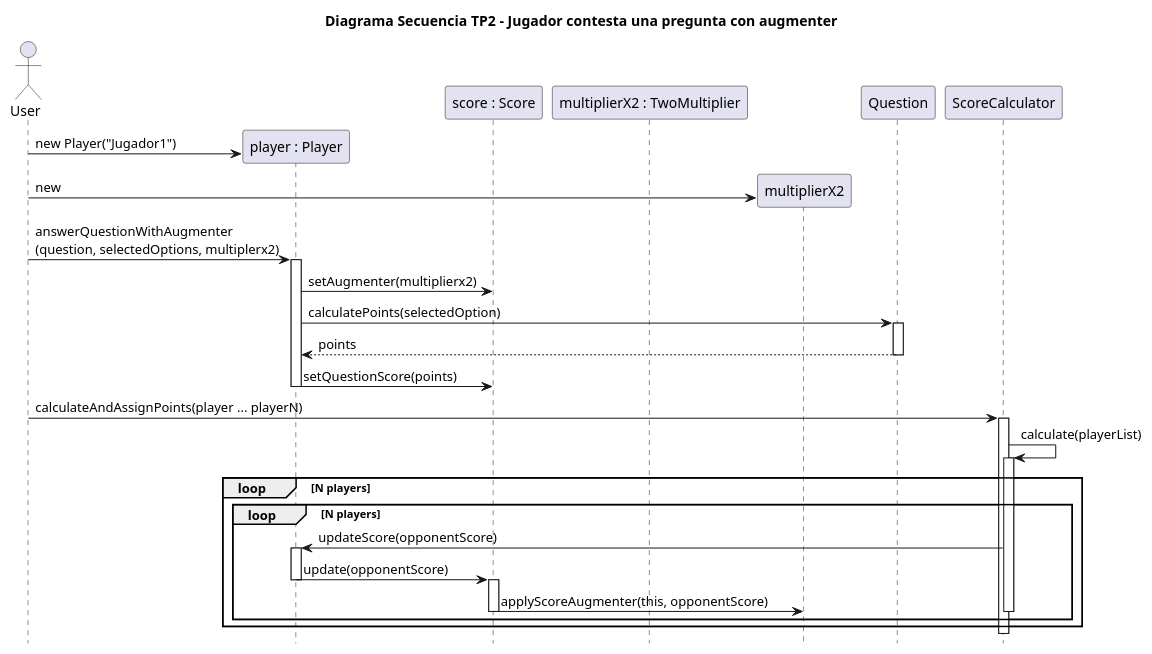
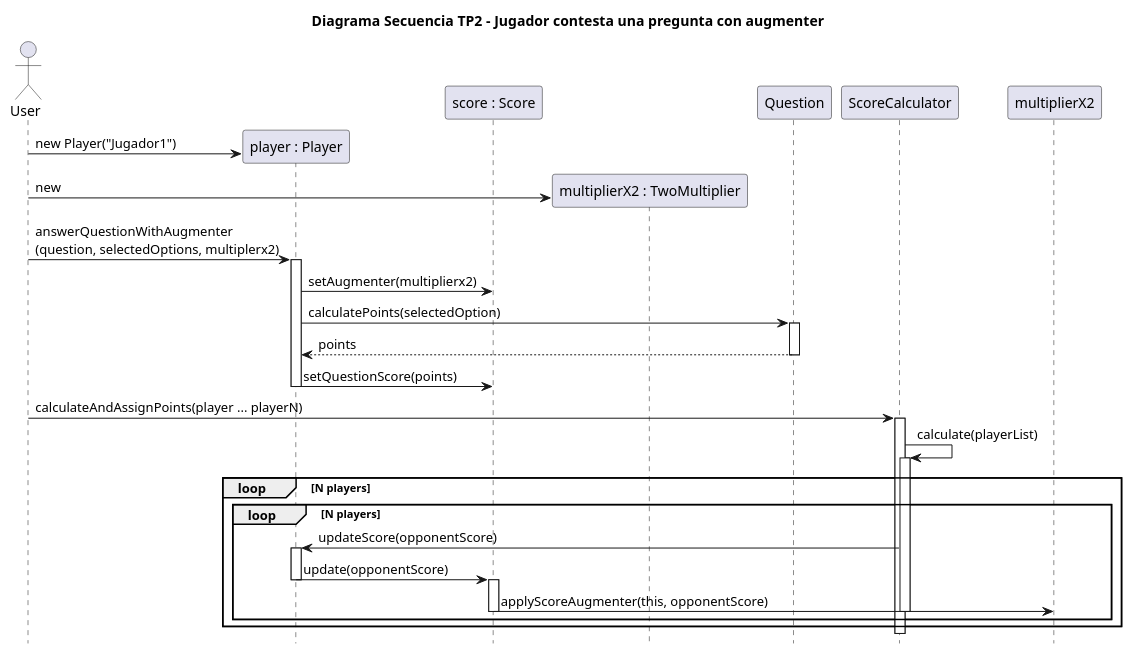
Before and after one commit to diegosanchez/TP2-Kahoot: the diagram in docs/DiagramaSecuencia-ConestarPreguntaconAugmenter.plantuml, drawn with PlantUML. The commit also changed 11 other files, not shown here.

Commit message:
Corrección de diagramas

```diff
--- a/docs/DiagramaSecuencia-ConestarPreguntaconAugmenter.plantuml
+++ b/docs/DiagramaSecuencia-ConestarPreguntaconAugmenter.plantuml
@@ -1,47 +1,47 @@
 @startuml
 
 actor User
 title Diagrama Secuencia TP2 - Jugador contesta una pregunta con augmenter
 hide footbox
 
 participant "player : Player" as player
 participant "score : Score" as score
 participant "multiplierX2 : TwoMultiplier" as multiplierx2
 
 User -> player ** : new Player("Jugador1")
-User -> multiplierX2** : new 
+User -> multiplierx2 ** : new 
 User -> player : answerQuestionWithAugmenter\n(question, selectedOptions, multiplerx2)
 activate player
 
 player -> score : setAugmenter(multiplierx2) 
 
 player -> Question : calculatePoints(selectedOption)
 
 activate Question
 Question --> player : points
 deactivate Question
 
 player -> score : setQuestionScore(points)
 deactivate player
 
 User -> ScoreCalculator : calculateAndAssignPoints(player ... playerN)
 activate ScoreCalculator
 
 ScoreCalculator -> ScoreCalculator : calculate(playerList)
 activate ScoreCalculator
 loop N players
 loop N players
 ScoreCalculator -> player : updateScore(opponentScore)
 activate player
 player -> score : update(opponentScore)
 deactivate player
 activate score
 score -> multiplierX2 : applyScoreAugmenter(this, opponentScore)
 deactivate score
 
 deactivate ScoreCalculator
 end loop
 end loop
 deactivate ScoreCalculator
 
 @enduml
```
